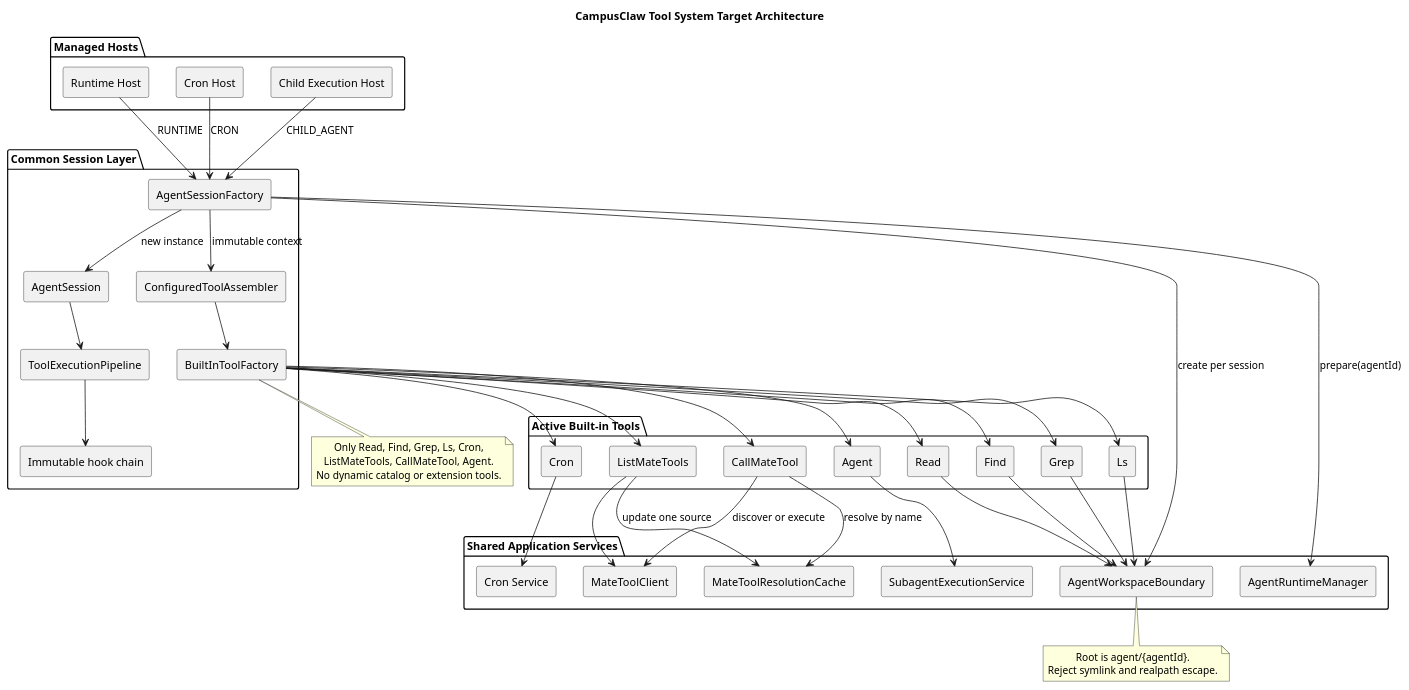
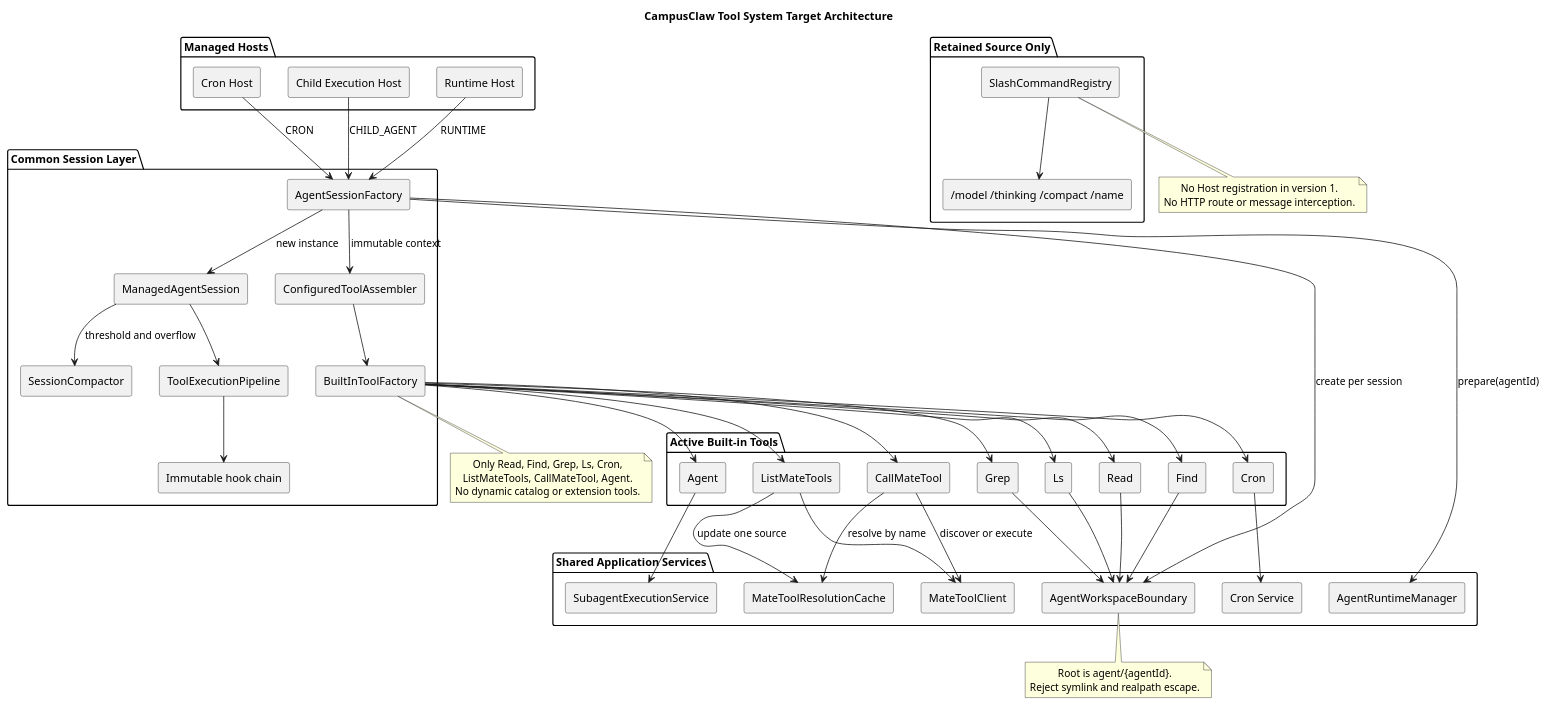
Before and after one commit to ssm0808/pi-mono-java-design: the first of 11 diagrams in pi-mono-java-tool-system/diagram.puml, drawn with PlantUML. The commit also changed other lines of this file and 36 other files, not shown here.

Commit message:
docs(runtime): 修订 TUI 删除边界与公共 Session 能力

```diff
--- a/pi-mono-java-tool-system/diagram.puml
+++ b/pi-mono-java-tool-system/diagram.puml
@@ -1,90 +1,104 @@
 @startuml tool_system_architecture
 title CampusClaw Tool System Target Architecture
 skinparam componentStyle rectangle
 skinparam shadowing false
 skinparam defaultTextAlignment center
 
 ' Source evidence (CampusClaw d649866):
 ' modules/agent-core/src/main/java/com/campusclaw/agent/tool/AgentTool.java: AgentTool
 ' modules/agent-core/src/main/java/com/campusclaw/agent/tool/ToolExecutionPipeline.java: execute, executeAll
 ' modules/coding-agent-cli/src/main/java/com/campusclaw/codingagent/session/AgentSession.java: initialize, configureRuntimeTools
+' PR 167 f60cc3e: TUI/CLI removal diff deleted entry-independent session capabilities.
 ' Observed behavior: the current CLI session combines catalogs, reload, skills,
 ' delegation, and tool assembly; the Runtime path has separate assembly logic.
 ' Design reason: one closed factory and one light session factory keep all managed
 ' entry points aligned while Hosts retain their own persistence and lifecycle.
 
 package "Managed Hosts" {
   [Runtime Host] as RuntimeHost
   [Cron Host] as CronHost
   [Child Execution Host] as ChildHost
 }
 
 package "Common Session Layer" {
   [AgentSessionFactory] as SessionFactory
-  [AgentSession] as Session
+  [ManagedAgentSession] as Session
+  [SessionCompactor] as Compactor
   [ConfiguredToolAssembler] as Assembler
   [BuiltInToolFactory] as ToolFactory
   [ToolExecutionPipeline] as Pipeline
   [Immutable hook chain] as Hooks
+}
+
+package "Retained Source Only" {
+  [SlashCommandRegistry] as Slash
+  [/model /thinking /compact /name] as SlashHandlers
 }
 
 package "Active Built-in Tools" {
   [Read]
   [Find]
   [Grep]
   [Ls]
   [Cron]
   [ListMateTools]
   [CallMateTool]
   [Agent]
 }
 
 package "Shared Application Services" {
   [AgentRuntimeManager] as RuntimeManager
   [AgentWorkspaceBoundary] as Workspace
   [MateToolClient] as MateClient
   [MateToolResolutionCache] as MateCache
   [Cron Service] as CronService
   [SubagentExecutionService] as ChildService
 }
 
 RuntimeHost --> SessionFactory : RUNTIME
 CronHost --> SessionFactory : CRON
 ChildHost --> SessionFactory : CHILD_AGENT
 SessionFactory --> RuntimeManager : prepare(agentId)
 SessionFactory --> Workspace : create per session
 SessionFactory --> Assembler : immutable context
 Assembler --> ToolFactory
 ToolFactory --> Read
 ToolFactory --> Find
 ToolFactory --> Grep
 ToolFactory --> Ls
 ToolFactory --> Cron
 ToolFactory --> ListMateTools
 ToolFactory --> CallMateTool
 ToolFactory --> Agent
 SessionFactory --> Session : new instance
 Session --> Pipeline
+Session --> Compactor : threshold and overflow
 Pipeline --> Hooks
+Slash --> SlashHandlers
 ListMateTools --> MateClient
 ListMateTools --> MateCache : update one source
 CallMateTool --> MateCache : resolve by name
 CallMateTool --> MateClient : discover or execute
 Cron --> CronService
 Agent --> ChildService
 Read --> Workspace
 Find --> Workspace
 Grep --> Workspace
 Ls --> Workspace
 
 note bottom of ToolFactory
 Only Read, Find, Grep, Ls, Cron,
 ListMateTools, CallMateTool, Agent.
 No dynamic catalog or extension tools.
 end note
 
 note bottom of Workspace
 Root is agent/{agentId}.
 Reject symlink and realpath escape.
 end note
+
+note bottom of Slash
+No Host registration in version 1.
+No HTTP route or message interception.
+end note
 @enduml
```
